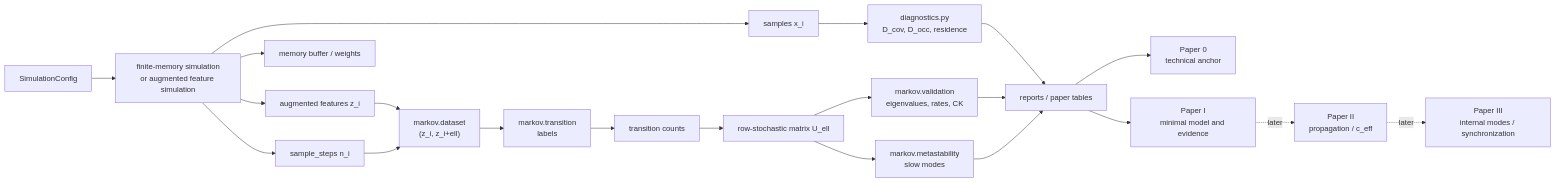
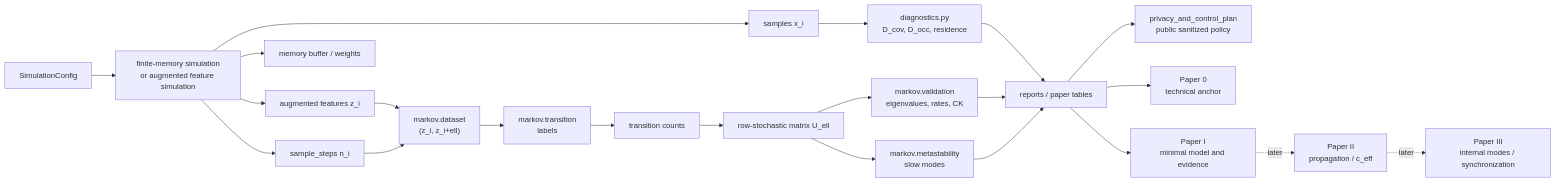
One commit to MemoryDynamics/Knoten changed the third of 4 diagrams in docs/repository_map.md. Above: the diagram before and after it, drawn with Mermaid. The commit also changed other lines of this file and 10 other files, not shown here.

````diff
--- a/docs/repository_map.md
+++ b/docs/repository_map.md
@@ -67,28 +67,29 @@
 ```mermaid
 flowchart LR
     config["SimulationConfig"] --> sim["finite-memory simulation<br/>or augmented feature simulation"]
 
     sim --> samples["samples x_i"]
     sim --> steps["sample_steps n_i"]
     sim --> memory["memory buffer / weights"]
     sim --> zfeatures["augmented features z_i"]
 
     samples --> geom["diagnostics.py<br/>D_cov, D_occ, residence"]
     zfeatures --> lagged["markov.dataset<br/>(z_i, z_i+ell)"]
     steps --> lagged
 
     lagged --> labels["markov.transition<br/>labels"]
     labels --> counts["transition counts"]
     counts --> matrix["row-stochastic matrix U_ell"]
     matrix --> validation["markov.validation<br/>eigenvalues, rates, CK"]
     matrix --> meta["markov.metastability<br/>slow modes"]
 
     geom --> reports["reports / paper tables"]
     validation --> reports
     meta --> reports
 
+    reports --> privacy["privacy_and_control_plan<br/>public sanitized policy"]
     reports --> paper0["Paper 0<br/>technical anchor"]
     reports --> paper1["Paper I<br/>minimal model and evidence"]
     paper1 -.later.-> paper2["Paper II<br/>propagation / c_eff"]
     paper2 -.later.-> paper3["Paper III<br/>internal modes / synchronization"]
 ```
````
